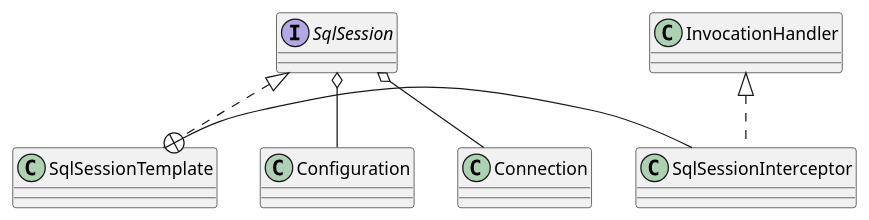
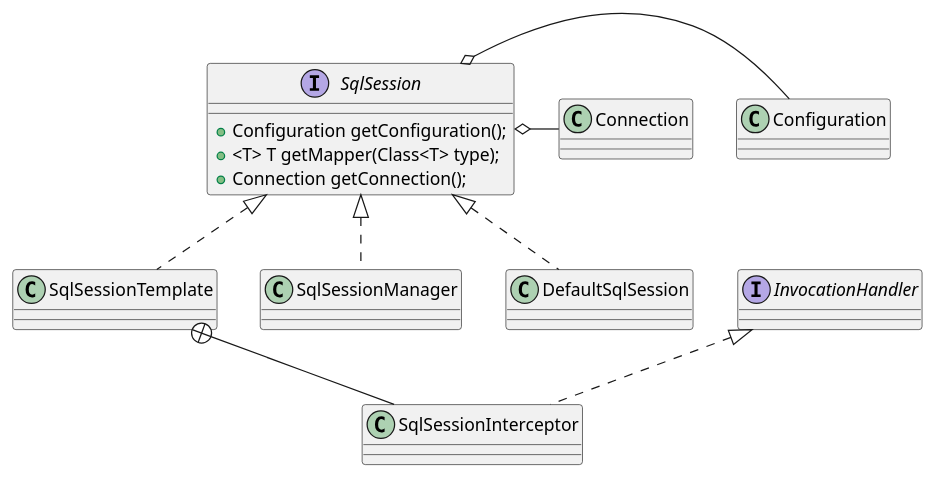
Before and after one commit to onlyonion/development: the diagram in 20-framework/src/mybatis/mybatis/session/SqlSession.md, drawn with PlantUML. The commit also changed other lines of this file and 8 other files, not shown here.

````diff
--- a/20-framework/src/mybatis/mybatis/session/SqlSession.md
+++ b/20-framework/src/mybatis/mybatis/session/SqlSession.md
@@ -3,18 +13,24 @@
+```plantuml
 @startuml
-interface SqlSession
+
+interface SqlSession {
+    + Configuration getConfiguration();
+    + <T> T getMapper(Class<T> type);
+    + Connection getConnection();
+}
 
 class SqlSessionTemplate
 
 SqlSession <|.. SqlSessionTemplate
-'SqlSession <|.. SqlSessionManager
-'SqlSession <|.. DefaultSqlSession
+SqlSession <|.. SqlSessionManager
+SqlSession <|.. DefaultSqlSession
 
+interface InvocationHandler
 InvocationHandler <|.. SqlSessionInterceptor
-SqlSessionTemplate +- SqlSessionInterceptor
+SqlSessionTemplate +-- SqlSessionInterceptor
 
-SqlSession o--  Configuration
-SqlSession o--  Connection
-
-
+SqlSession o-  Configuration
+SqlSession o-  Connection
 
 @enduml
+```
````
